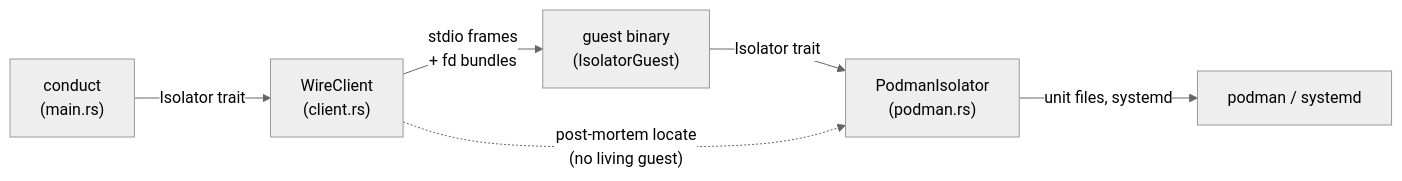
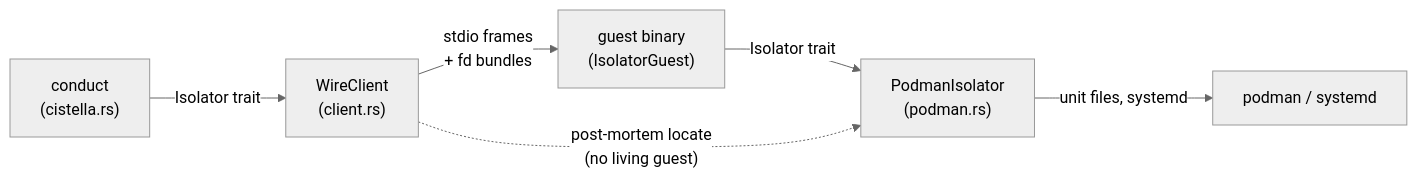
The first of 4 diagrams in src/isolators/README.md (emcd/cistella), drawn with Mermaid (neutral theme) before and after one commit. The commit also changed other lines of this file and 3 other files, not shown here.

````diff
--- a/src/isolators/README.md
+++ b/src/isolators/README.md
@@ -35,8 +35,8 @@
 ```mermaid
 flowchart LR
-    conduct["conduct<br/>(main.rs)"] -->|"Isolator trait"| client["WireClient<br/>(client.rs)"]
+    conduct["conduct<br/>(cistella.rs)"] -->|"Isolator trait"| client["WireClient<br/>(client.rs)"]
     client -->|"stdio frames<br/>+ fd bundles"| guest["guest binary<br/>(IsolatorGuest)"]
     guest -->|"Isolator trait"| backend["PodmanIsolator<br/>(podman.rs)"]
     backend -->|"unit files, systemd"| podman["podman / systemd"]
     client -.->|"post-mortem locate<br/>(no living guest)"| backend
 ```
````
